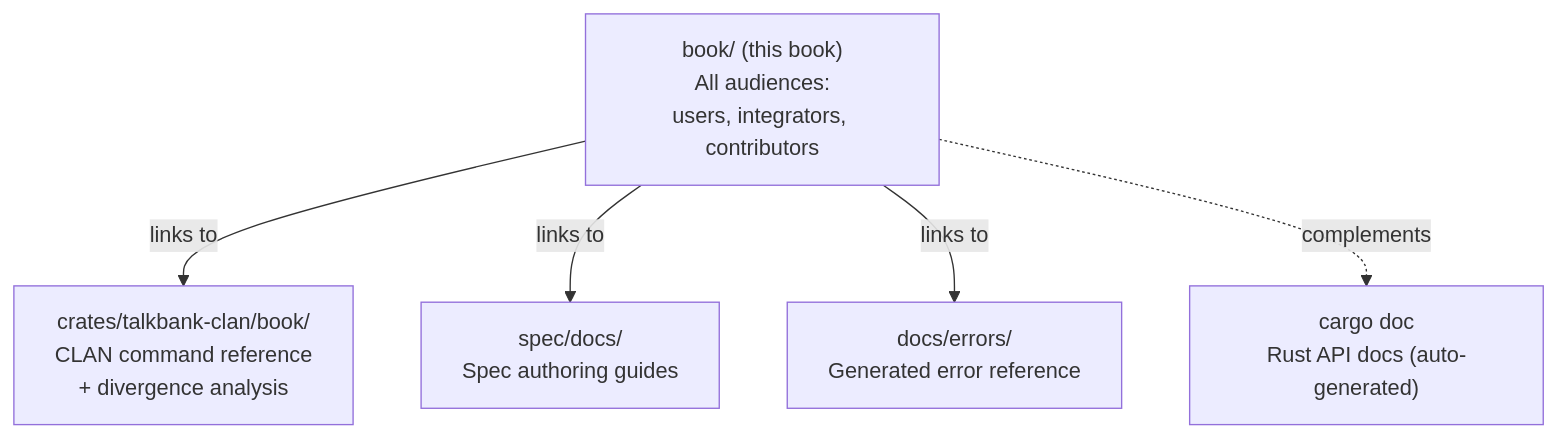
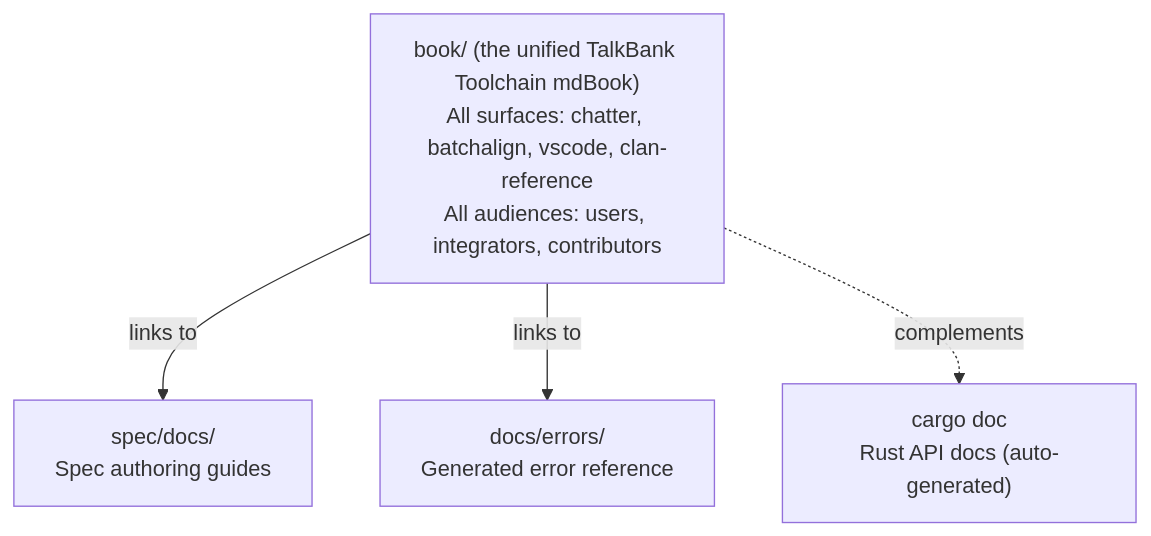
Before and after one commit to TalkBank/talkbank-tools: the diagram in book/src/contributing/documentation-architecture.md, drawn with Mermaid. The commit also changed other lines of this file and 2584 other files, not shown here.

````diff
--- a/book/src/contributing/documentation-architecture.md
+++ b/book/src/contributing/documentation-architecture.md
@@ -12,13 +12,11 @@
 ```mermaid
 flowchart TD
-    main["book/ (this book)\nAll audiences:\nusers, integrators, contributors"]
-    clan["crates/talkbank-clan/book/\nCLAN command reference\n+ divergence analysis"]
+    main["book/ (the unified TalkBank Toolchain mdBook)\nAll surfaces: chatter, batchalign, vscode, clan-reference\nAll audiences: users, integrators, contributors"]
     spec["spec/docs/\nSpec authoring guides"]
     errors["docs/errors/\nGenerated error reference"]
     api["cargo doc\nRust API docs (auto-generated)"]
 
-    main -->|"links to"| clan
     main -->|"links to"| spec
     main -->|"links to"| errors
     main -.->|"complements"| api
 ```
````
